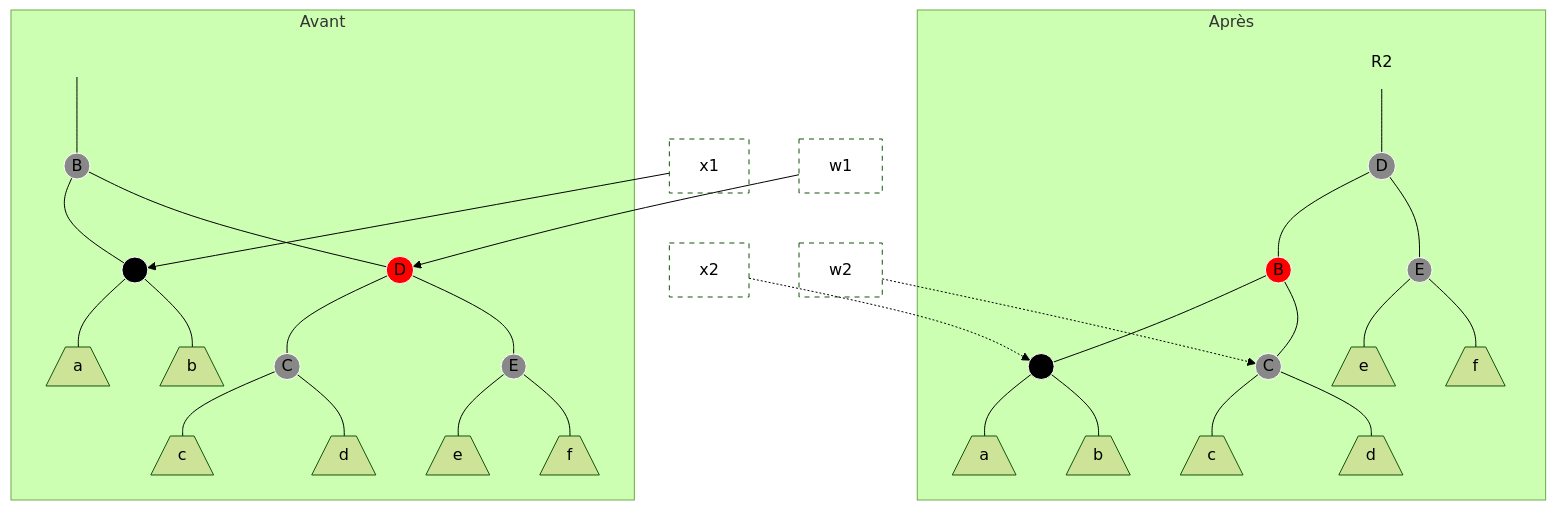
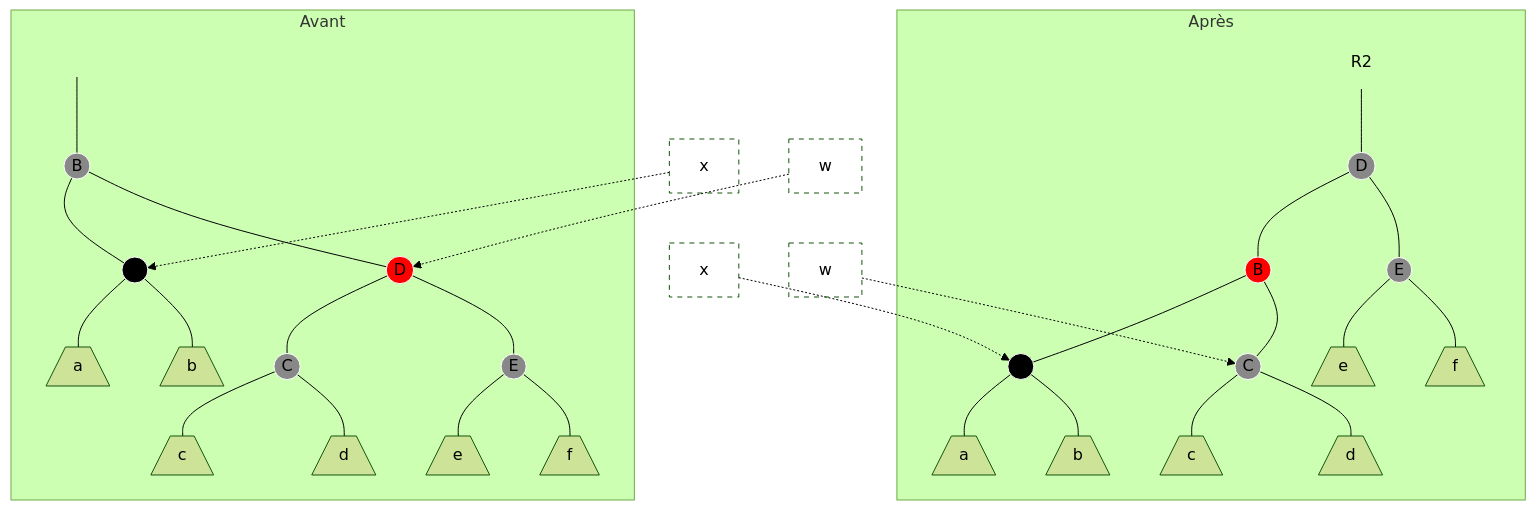
The eighth of 9 diagrams in cours/black-red-trees.md (Kechidi/TP1), drawn with Mermaid (forest theme) before and after one commit. The commit also changed other lines of this file, not shown here.

````diff
--- a/cours/black-red-trees.md
+++ b/cours/black-red-trees.md
@@ -454,35 +454,35 @@
 ```mermaid
 graph TD
   subgraph 0[Avant]
     R1[" "] --- B1((B)) --- A1((A)) & D1((D))
     A1 --- a1[/a\] & b1[/b\]
     D1 --- C1((C)) & E1((E))
     C1 --- c1[/c\] & d1[/d\]
     E1 --- e1[/e\] & f1[/f\]
   end
-  x1 --> A1
-  w1 --> D1
+  x1[x] -.-> A1
+  w1[w] -.-> D1
 
   subgraph 1[Après]
     R2 --- D2((D)) --- B2((B)) & E2((E))
     B2 --- A2((A)) & C2((C))
     A2 --- a2[/a\] & b2[/b\]
     C2 --- c2[/c\] & d2[/d\]
     E2 --- e2[/e\] & f2[/f\]
   end
 
-  x2 -.-> A2
-  w2 -.-> C2
+  x2[x] -.-> A2
+  w2[w] -.-> C2
 
   classDef black fill:#888, stroke:#fff
   classDef red fill:#f00, stroke:#fff
   classDef invisible fill:#0000, stroke:#0000
   classDef pointer stroke-dasharray: 5 5, fill:#0000
   classDef black2 fill:#000, stroke:#fff
 
   class A1,A2 black2
   class B1,C1,E1,D2,C2,E2 black
   class D1,B2 red
   class R1,R2 invisible
   class x1,w1,x2,w2 pointer
 ```
````
